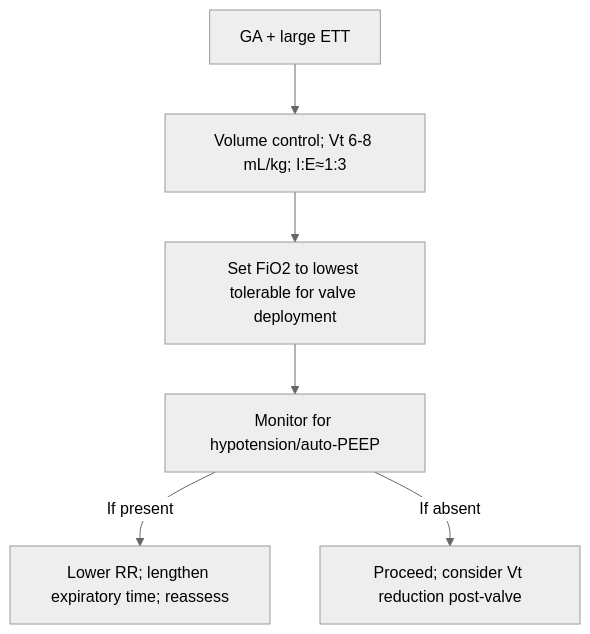
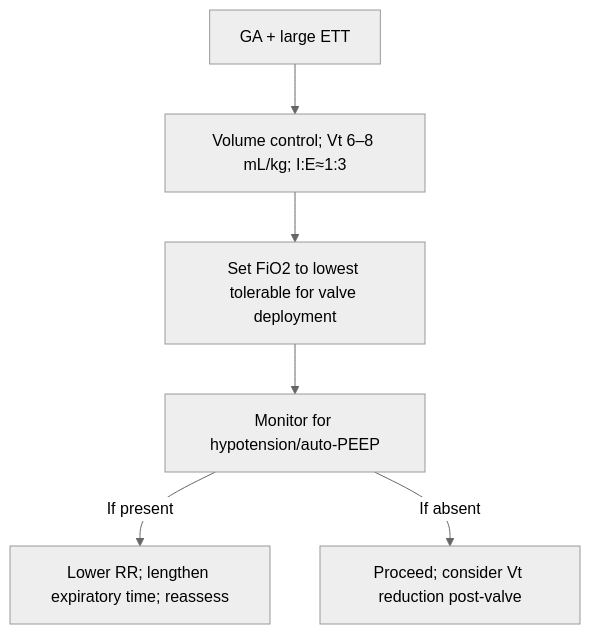
The third of 3 diagrams in content/modules/board/anesthesia-for-ip.mdx (russellmiller49/Interventional-Pulm-Education-Project), drawn with Mermaid (neutral theme) before and after one commit. The commit also changed other lines of this file and 45 other files, not shown here.

````diff
--- a/content/modules/board/anesthesia-for-ip.mdx
+++ b/content/modules/board/anesthesia-for-ip.mdx
@@ -250,8 +184,8 @@
 ```mermaid
 flowchart TD
-A[GA + large ETT] --> B[Volume control; Vt 6-8 mL/kg; I:E≈1:3]
-B --> C[Set FiO2 to lowest tolerable for valve deployment]
-C --> D[Monitor for hypotension/auto-PEEP]
-D -->|If present| E[Lower RR; lengthen expiratory time; reassess]
-D -->|If absent| F[Proceed; consider Vt reduction post-valve]
+        A["GA + large ETT"] --> B["Volume control; Vt 6–8 mL/kg; I:E≈1:3"]
+        B --> C["Set FiO2 to lowest tolerable for valve deployment"]
+        C --> D["Monitor for hypotension/auto-PEEP"]
+        D -- "If present" --> E["Lower RR; lengthen expiratory time; reassess"]
+        D -- "If absent" --> F["Proceed; consider Vt reduction post-valve"]
 ```
````
